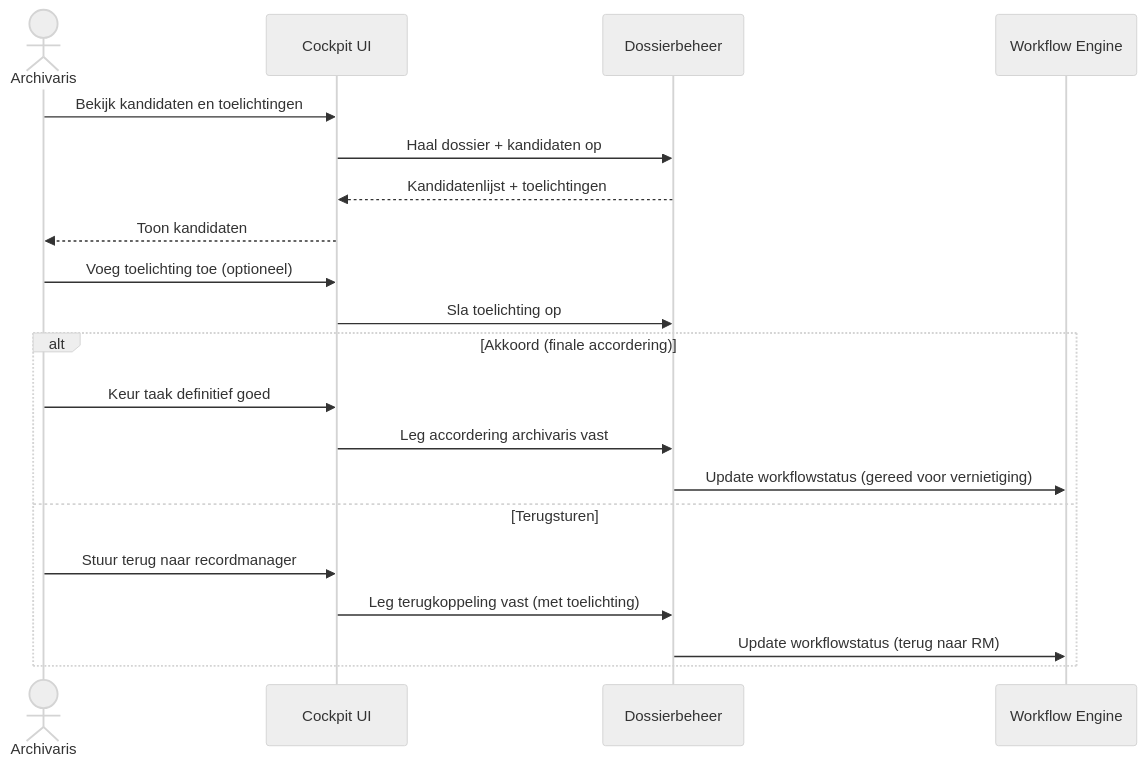
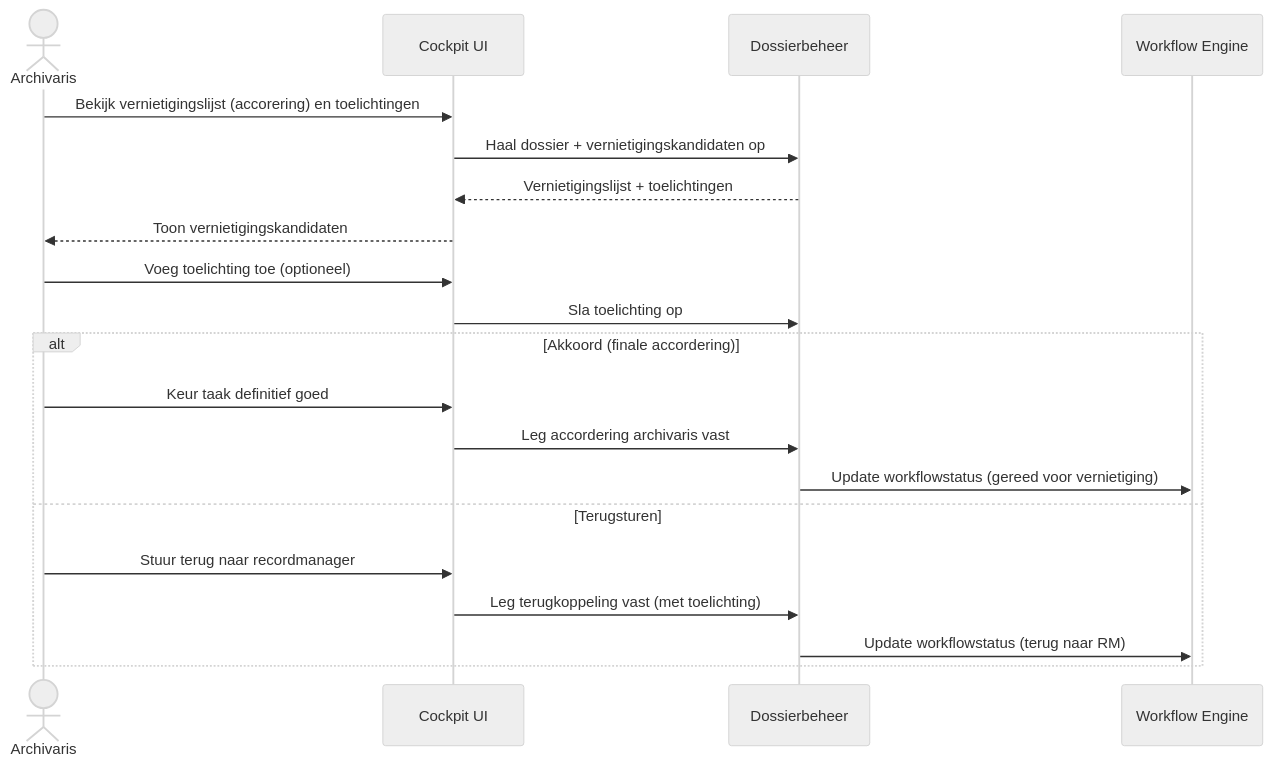
One commit to GemeenteArnhem/Vernietigingscockpit changed the fifth of 11 diagrams in architectuur/sequence-diagrammen.md. Above: the diagram before and after it, drawn with Mermaid (neutral theme). The commit also changed other lines of this file and 48 other files, not shown here.

````diff
--- a/architectuur/sequence-diagrammen.md
+++ b/architectuur/sequence-diagrammen.md
@@ -128,25 +128,25 @@
 ```mermaid
 sequenceDiagram
     actor AR as Archivaris
     participant UI as Cockpit UI
     participant D as Dossierbeheer
     participant WF as Workflow Engine
 
-    AR ->> UI: Bekijk kandidaten en toelichtingen
-    UI ->> D: Haal dossier + kandidaten op
-    D -->> UI: Kandidatenlijst + toelichtingen
-    UI -->> AR: Toon kandidaten
+    AR ->> UI: Bekijk vernietigingslijst (accorering) en toelichtingen
+    UI ->> D: Haal dossier + vernietigingskandidaten op
+    D -->> UI: Vernietigingslijst + toelichtingen
+    UI -->> AR: Toon vernietigingskandidaten
 
     AR ->> UI: Voeg toelichting toe (optioneel)
     UI ->> D: Sla toelichting op
 
     alt Akkoord (finale accordering)
         AR ->> UI: Keur taak definitief goed
         UI ->> D: Leg accordering archivaris vast
         D ->> WF: Update workflowstatus (gereed voor vernietiging)
     else Terugsturen
         AR ->> UI: Stuur terug naar recordmanager
         UI ->> D: Leg terugkoppeling vast (met toelichting)
         D ->> WF: Update workflowstatus (terug naar RM)
     end
 ```
````
